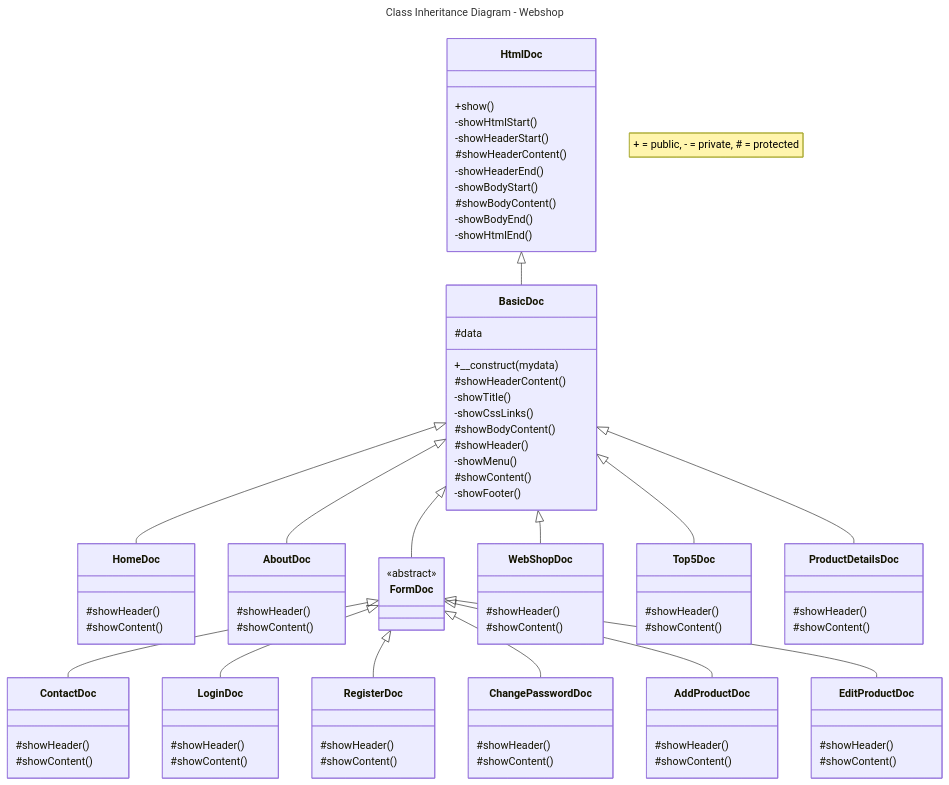
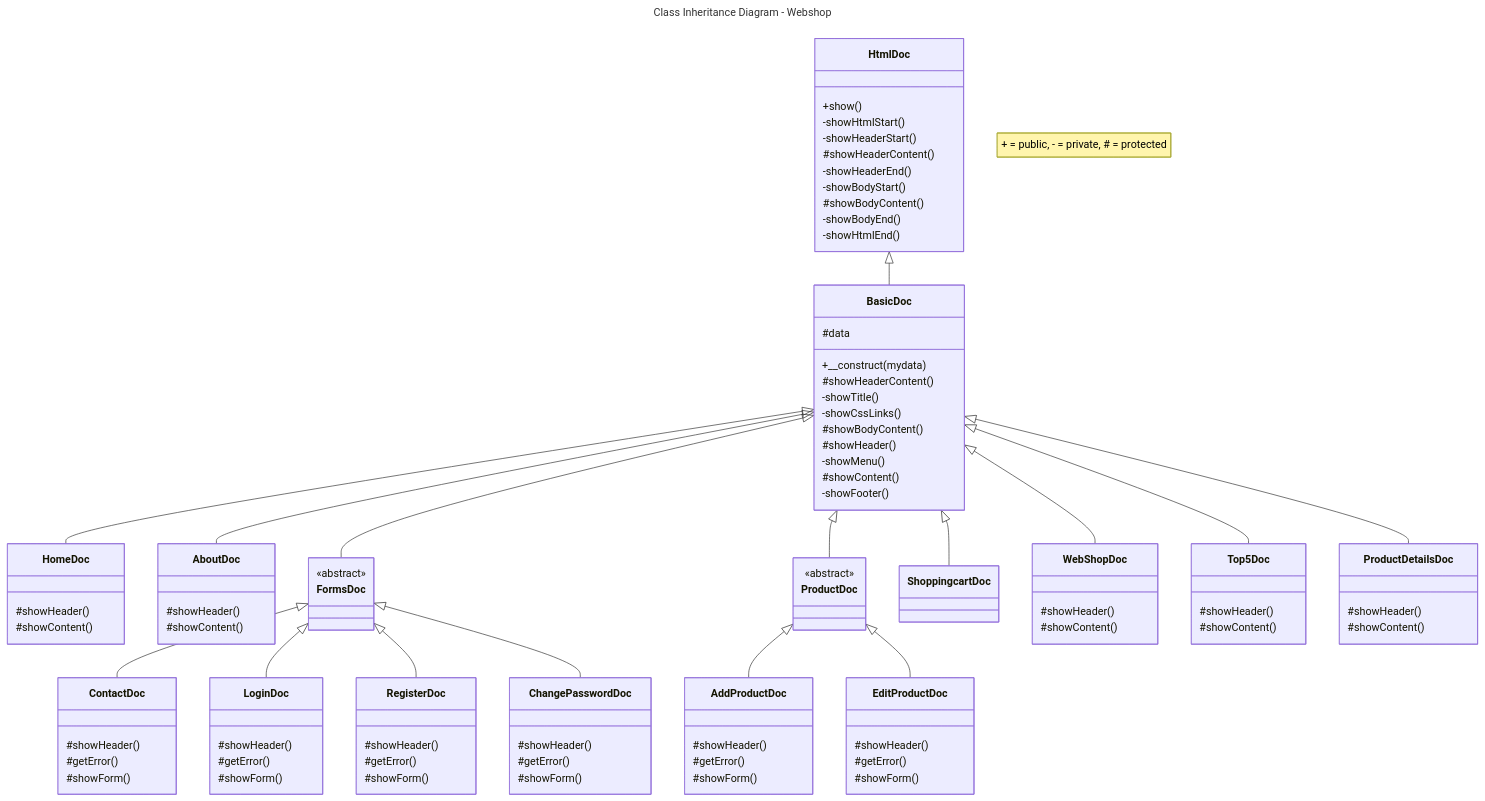
Before and after one commit to AmrAdwan/educom-webshop-oop-1703152524: the diagram in Diagrams/class-inheritance-diagram-webshop.md, drawn with Mermaid.

```diff
--- a/Diagrams/class-inheritance-diagram-webshop.md
+++ b/Diagrams/class-inheritance-diagram-webshop.md
@@ -9,17 +9,20 @@
 
     BasicDoc <|-- HomeDoc
     BasicDoc <|-- AboutDoc
-    BasicDoc <|-- FormDoc
+    BasicDoc <|-- FormsDoc
+    BasicDoc <|-- ProductDoc
+    BasicDoc <|-- ShoppingcartDoc
     BasicDoc <|-- WebShopDoc
     BasicDoc <|-- Top5Doc
     BasicDoc <|-- ProductDetailsDoc
 
-    FormDoc <|-- ContactDoc
-    FormDoc <|-- LoginDoc
-    FormDoc <|-- RegisterDoc
-    FormDoc <|-- ChangePasswordDoc
-    FormDoc <|-- AddProductDoc
-    FormDoc <|-- EditProductDoc
+    FormsDoc <|-- ContactDoc
+    FormsDoc <|-- LoginDoc
+    FormsDoc <|-- RegisterDoc
+    FormsDoc <|-- ChangePasswordDoc
+
+    ProductDoc <|-- AddProductDoc
+    ProductDoc <|-- EditProductDoc
 
     class HtmlDoc{
        +show()
@@ -52,7 +55,10 @@
         #showHeader()
         #showContent()
     }
-    class FormDoc{
+    class FormsDoc{
+        <<abstract>>
+    }
+    class ProductDoc{
         <<abstract>>
     }
     class WebShopDoc{
@@ -69,27 +75,33 @@
     }
     class ContactDoc{
         #showHeader()
-        #showContent()
+        #getError()
+        #showForm()
     }
     class LoginDoc{
         #showHeader()
-        #showContent()
+        #getError()
+        #showForm()
     }
     class RegisterDoc{
         #showHeader()
-        #showContent()
+        #getError()
+        #showForm()
     }
     class ChangePasswordDoc{
         #showHeader()
-        #showContent()
+        #getError()
+        #showForm()
     }
     class AddProductDoc{
         #showHeader()
-        #showContent()
+        #getError()
+        #showForm()
     }
     class EditProductDoc{
         #showHeader()
-        #showContent()
+        #getError()
+        #showForm()
     }
     
 
```
